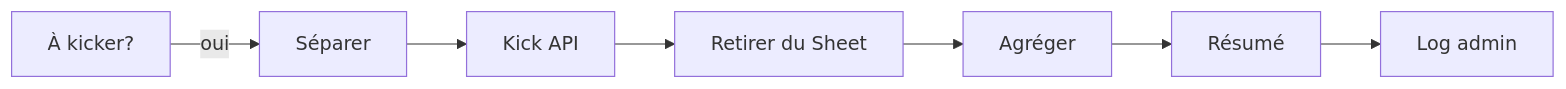
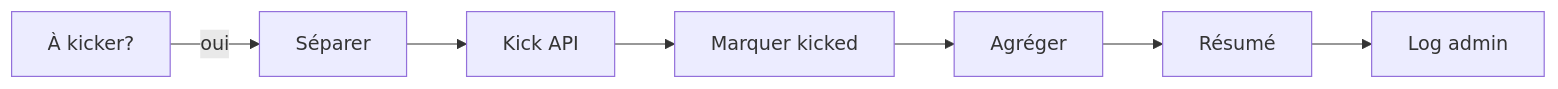
Before and after one commit to evolutek/EvoluBot: the diagram in docs/workflows/gestion-hebdomadaire/kick.md, drawn with Mermaid. The commit also changed other lines of this file and 6 other files, not shown here.

````diff
--- a/docs/workflows/gestion-hebdomadaire/kick.md
+++ b/docs/workflows/gestion-hebdomadaire/kick.md
@@ -16,9 +16,9 @@
 ```mermaid
 graph LR
     A[À kicker?] -->|oui| B[Séparer]
     B --> C[Kick API]
-    C --> D[Retirer du Sheet]
+    C --> D[Marquer kicked]
     D --> E[Agréger]
     E --> F[Résumé]
     F --> G[Log admin]
 ```
````
